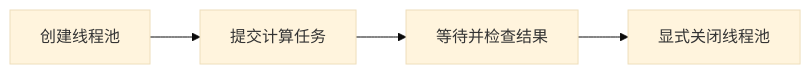
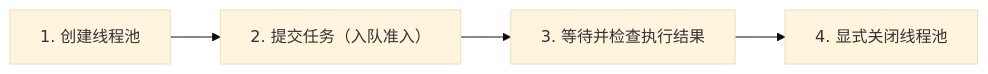
One commit to HuangX666/hx_c_platform changed the diagram in docs/USAGE.zh-CN.md. Above: the diagram before and after it, drawn with Mermaid (base theme). The commit also changed other lines of this file and 135 other files, not shown here.

````diff
--- a/docs/USAGE.zh-CN.md
+++ b/docs/USAGE.zh-CN.md
@@ -596,6 +617,6 @@
 ```mermaid
 flowchart LR
-    A["创建线程池"] --> B["提交计算任务"]
-    B --> C["等待并检查结果"]
-    C --> D["显式关闭线程池"]
+    A["1. 创建线程池"] --> B["2. 提交任务（入队准入）"]
+    B --> C["3. 等待并检查执行结果"]
+    C --> D["4. 显式关闭线程池"]
 ```
````
